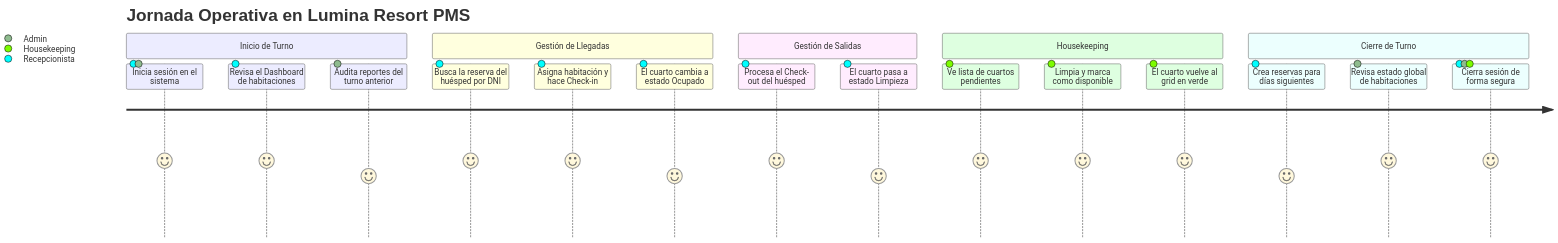
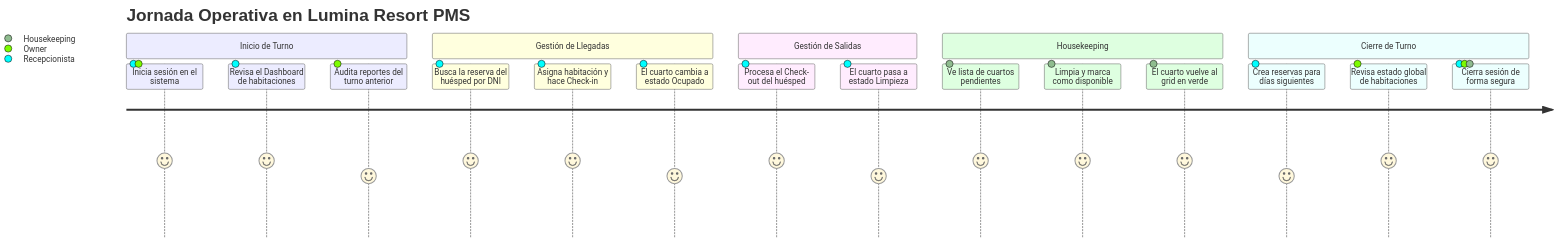
The second of 5 diagrams in docs/DIAGRAMAS_1.md (esteban-abanto-2709/UTP-CursoIntegrador-HotelManagement), drawn with Mermaid before and after one commit. The commit also changed other lines of this file and 11 other files, not shown here.

Commit message:
refactor(roles): update user roles from ADMIN to OWNER in documentation, API requests, and frontend components for consistency across the application

````diff
--- a/docs/DIAGRAMAS_1.md
+++ b/docs/DIAGRAMAS_1.md
@@ -89,23 +89,23 @@
 ```mermaid
 journey
     title Jornada Operativa en Lumina Resort PMS
     section Inicio de Turno
-      Inicia sesión en el sistema: 5: Recepcionista, Admin
+      Inicia sesión en el sistema: 5: Recepcionista, Owner
       Revisa el Dashboard de habitaciones: 5: Recepcionista
-      Audita reportes del turno anterior: 4: Admin
+      Audita reportes del turno anterior: 4: Owner
     section Gestión de Llegadas
       Busca la reserva del huésped por DNI: 5: Recepcionista
       Asigna habitación y hace Check-in: 5: Recepcionista
       El cuarto cambia a estado Ocupado: 4: Recepcionista
     section Gestión de Salidas
       Procesa el Check-out del huésped: 5: Recepcionista
       El cuarto pasa a estado Limpieza: 4: Recepcionista
     section Housekeeping
       Ve lista de cuartos pendientes: 5: Housekeeping
       Limpia y marca como disponible: 5: Housekeeping
       El cuarto vuelve al grid en verde: 5: Housekeeping
     section Cierre de Turno
       Crea reservas para días siguientes: 4: Recepcionista
-      Revisa estado global de habitaciones: 5: Admin
-      Cierra sesión de forma segura: 5: Recepcionista, Admin, Housekeeping
+      Revisa estado global de habitaciones: 5: Owner
+      Cierra sesión de forma segura: 5: Recepcionista, Owner, Housekeeping
 ```
````
